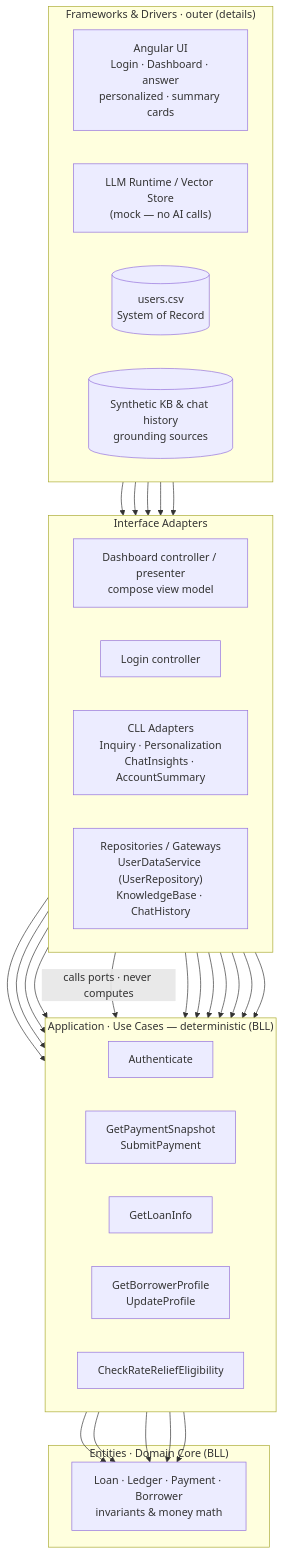
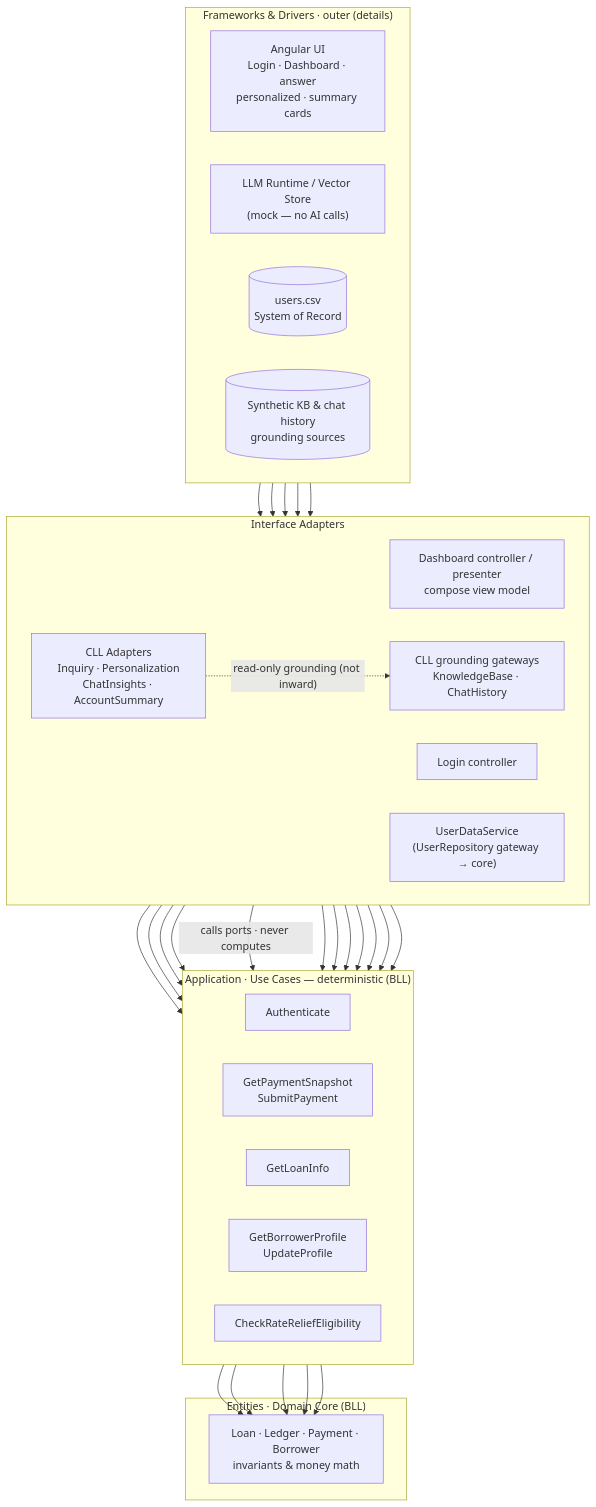
One commit to antongeorgescu/poc-plus-hexagonal-architecture changed the diagram in documentation/clean_component_architecture.md. Above: the diagram before and after it, drawn with Mermaid. The commit also changed other lines of this file and 29 other files, not shown here.

Commit message:
added single mermaid visuals for the three kinds of architecture types

````diff
--- a/documentation/clean_component_architecture.md
+++ b/documentation/clean_component_architecture.md
@@ -61,59 +62,61 @@
 ```mermaid
 flowchart TB
   subgraph OUTER["Frameworks &amp; Drivers · outer (details)"]
     direction LR
     UIU["Angular UI<br/>Login · Dashboard · answer<br/>personalized · summary cards"]
     LLM["LLM Runtime / Vector Store<br/>(mock — no AI calls)"]
     CSV[("users.csv<br/>System of Record")]
     KB[("Synthetic KB &amp; chat history<br/>grounding sources")]
   end
 
   subgraph ADAPT["Interface Adapters"]
     direction LR
     CTRL["Dashboard controller / presenter<br/>compose view model"]
     LOGINC["Login controller"]
     CLLA["CLL Adapters<br/>Inquiry · Personalization<br/>ChatInsights · AccountSummary"]
-    REPO["Repositories / Gateways<br/>UserDataService (UserRepository)<br/>KnowledgeBase · ChatHistory"]
+    REPO["UserDataService<br/>(UserRepository gateway → core)"]
+    GND["CLL grounding gateways<br/>KnowledgeBase · ChatHistory"]
   end
 
   subgraph APP["Application · Use Cases — deterministic (BLL)"]
     direction LR
     UCAUTH["Authenticate"]
     UCPAY["GetPaymentSnapshot<br/>SubmitPayment"]
     UCLOAN["GetLoanInfo"]
     UCPROF["GetBorrowerProfile<br/>UpdateProfile"]
     UCELIG["CheckRateReliefEligibility"]
   end
 
   subgraph DOM["Entities · Domain Core (BLL)"]
     ENT["Loan · Ledger · Payment · Borrower<br/>invariants &amp; money math"]
   end
 
   %% Frameworks depend on adapters
   UIU --> CTRL
   UIU --> LOGINC
   LLM --> CLLA
   CSV --> REPO
-  KB --> REPO
+  KB --> GND
 
   %% Adapters depend on use-case ports (inward only)
   CTRL --> UCPAY
   CTRL --> UCLOAN
   CTRL --> UCPROF
   LOGINC --> UCAUTH
   CLLA -->|"calls ports · never computes"| UCPAY
   CLLA --> UCLOAN
   CLLA --> UCPROF
   CLLA --> UCELIG
+  CLLA -.->|"read-only grounding (not inward)"| GND
   REPO --> UCAUTH
   REPO --> UCPAY
   REPO --> UCLOAN
   REPO --> UCPROF
 
   %% Use cases depend on entities
   UCAUTH --> ENT
   UCPAY --> ENT
   UCLOAN --> ENT
   UCPROF --> ENT
   UCELIG --> ENT
 ```
````
